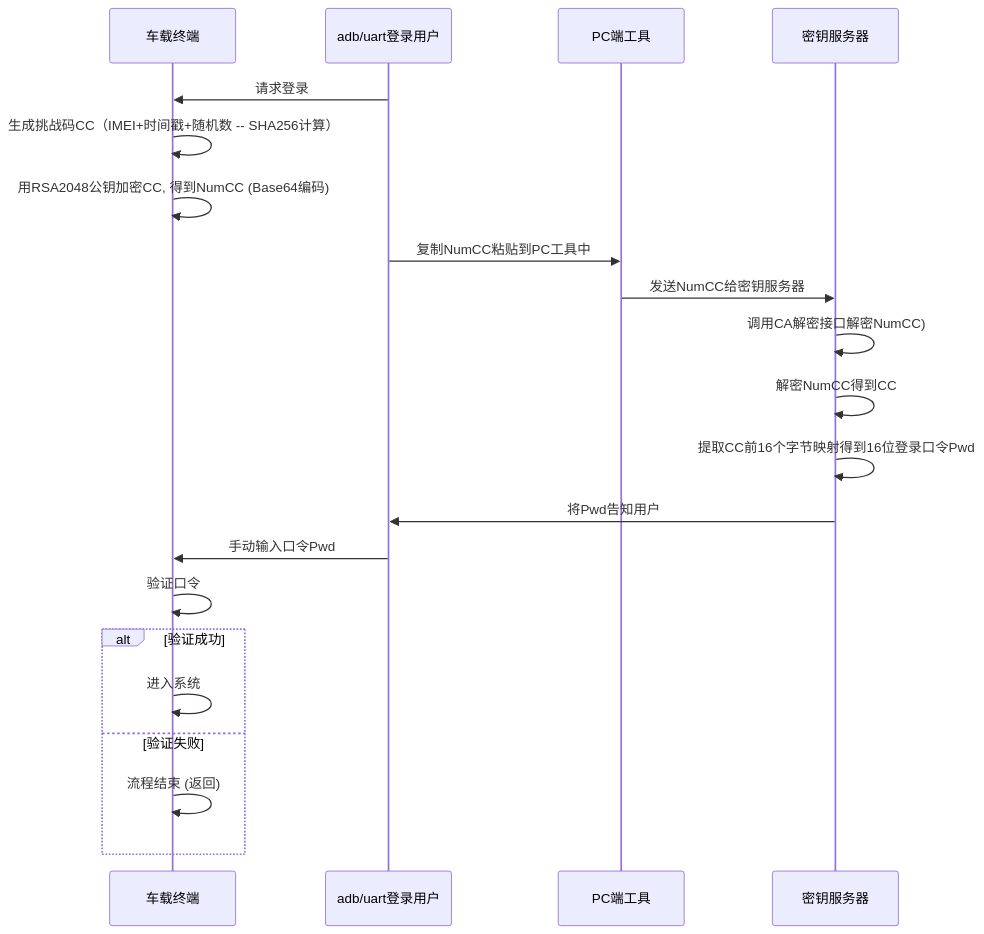
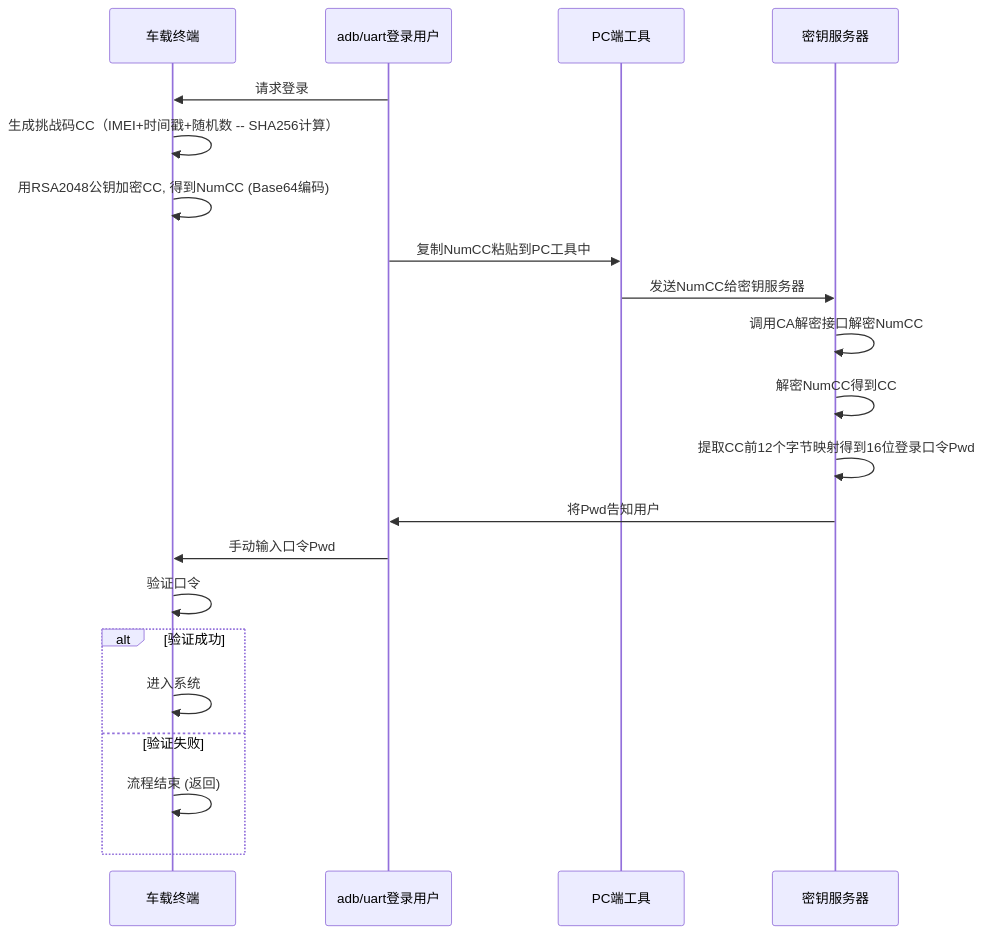
One commit to facebook-cloud/iodraw-files changed the diagram in all/未命名-13.md. Above: the diagram before and after it, drawn with Mermaid.

Commit message:
2026-01-27 11:28:58 update

````diff
--- a/all/未命名-13.md
+++ b/all/未命名-13.md
@@ -1,27 +1,27 @@
 ```mermaid
 sequenceDiagram
     participant tbox as 车载终端
     participant user as adb/uart登录用户
     participant pc as PC端工具
     participant tech_center as 密钥服务器
   
 
     user->>tbox: 请求登录
     tbox->>tbox: 生成挑战码CC（IMEI+时间戳+随机数 -- SHA256计算）
     tbox->>tbox: 用RSA2048公钥加密CC, 得到NumCC (Base64编码)
     user->>pc: 复制NumCC粘贴到PC工具中
     pc->>tech_center: 发送NumCC给密钥服务器
-    tech_center->>tech_center: 调用CA解密接口解密NumCC)
+    tech_center->>tech_center: 调用CA解密接口解密NumCC
     tech_center->>tech_center: 解密NumCC得到CC
-    tech_center->>tech_center: 提取CC前16个字节映射得到16位登录口令Pwd
+    tech_center->>tech_center: 提取CC前12个字节映射得到16位登录口令Pwd
     tech_center->>user: 将Pwd告知用户
     user->>tbox: 手动输入口令Pwd
     tbox->>tbox: 验证口令
     alt 验证成功
         tbox->>tbox: 进入系统
     else 验证失败
         tbox->>tbox: 流程结束 (返回)
     end
 
 
 ```
````
